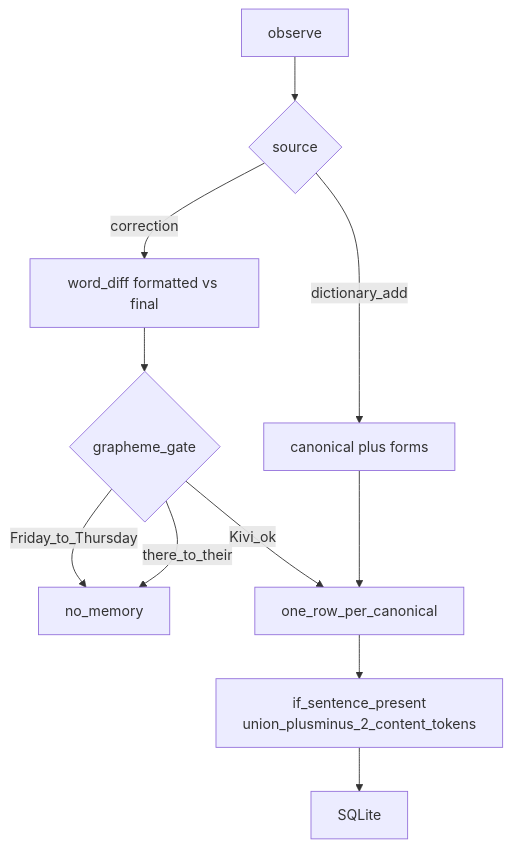
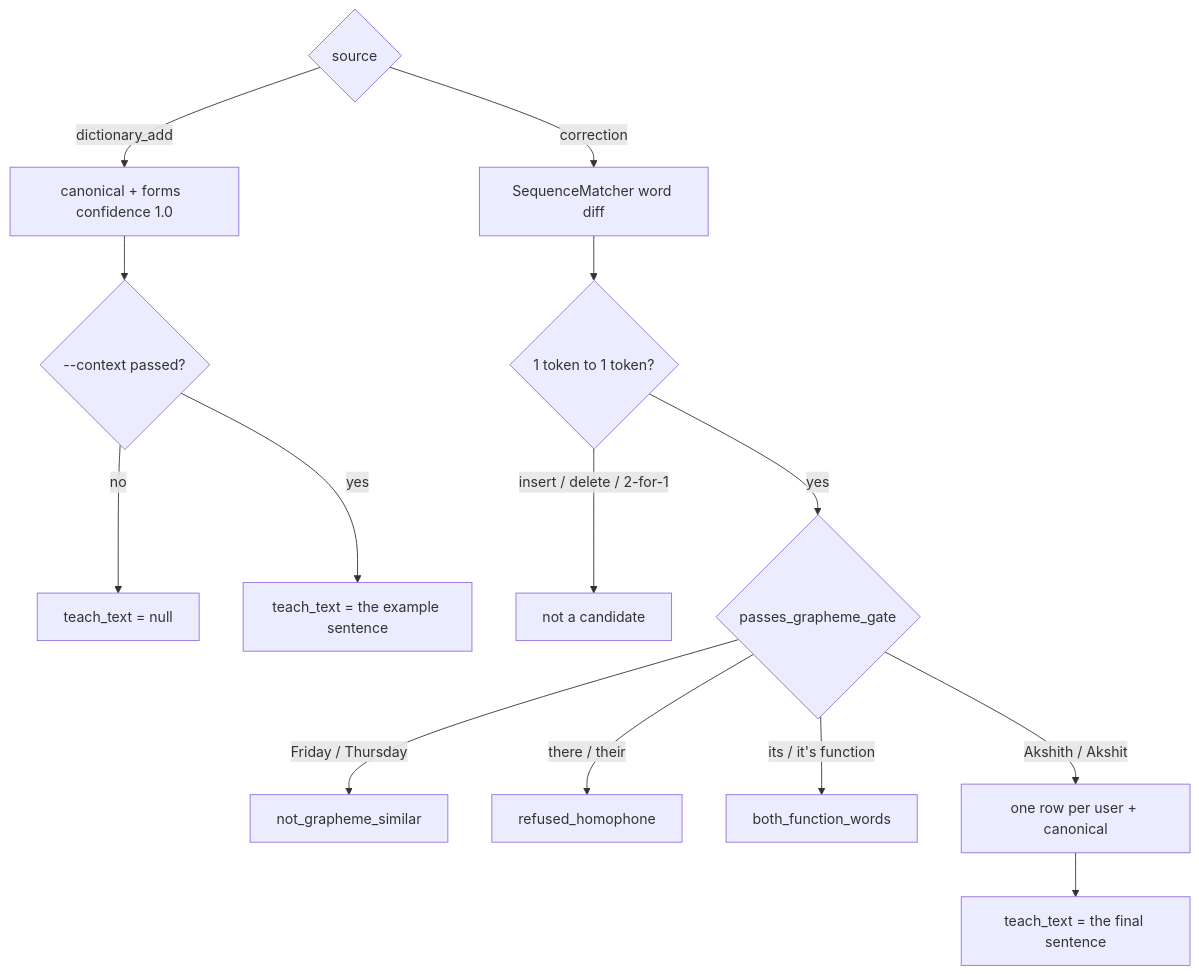
One commit to Akshit11318/kivi-memory-backend-akshit changed the second of 6 diagrams in README.md. Above: the diagram before and after it, drawn with Mermaid. The commit also changed other lines of this file and 98 other files, not shown here.

````diff
--- a/README.md
+++ b/README.md
@@ -138,13 +102,17 @@
 ```mermaid
 flowchart TB
-  In[observe] --> Src{source}
-  Src -->|dictionary_add| Dict[canonical plus forms]
-  Src -->|correction| Diff[word_diff formatted vs final]
-  Diff --> Gate{grapheme_gate}
-  Gate -->|Friday_to_Thursday| NoLearn[no_memory]
-  Gate -->|there_to_their| NoLearn
-  Gate -->|Kivi_ok| Upsert
-  Dict --> Upsert[one_row_per_canonical]
-  Upsert --> Cues[if_sentence_present\nunion_plusminus_2_content_tokens]
-  Cues --> Store[SQLite]
+  Obs{source}
+  Obs -->|dictionary_add| D[canonical + forms  confidence 1.0]
+  D --> T1{--context passed?}
+  T1 -->|no| NoText[teach_text = null]
+  T1 -->|yes| Text1[teach_text = the example sentence]
+  Obs -->|correction| Diff[SequenceMatcher word diff]
+  Diff --> Only1{1 token to 1 token?}
+  Only1 -->|insert / delete / 2-for-1| Skip1[not a candidate]
+  Only1 -->|yes| G{passes_grapheme_gate}
+  G -->|Friday / Thursday| Skip2[not_grapheme_similar]
+  G -->|there / their| Skip3[refused_homophone]
+  G -->|its / it's function| Skip4[both_function_words]
+  G -->|Akshith / Akshit| Upsert[one row per user + canonical]
+  Upsert --> Text2[teach_text = the final sentence]
 ```
````
